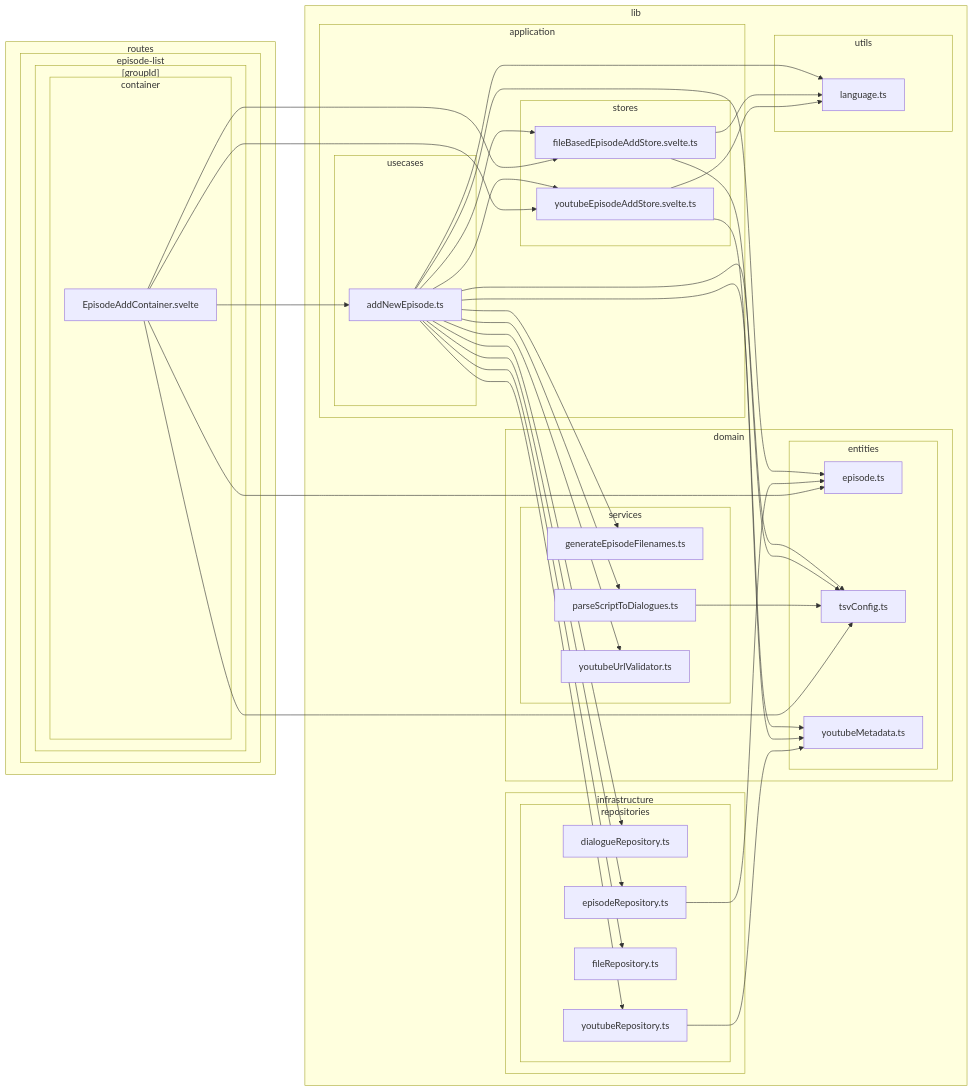
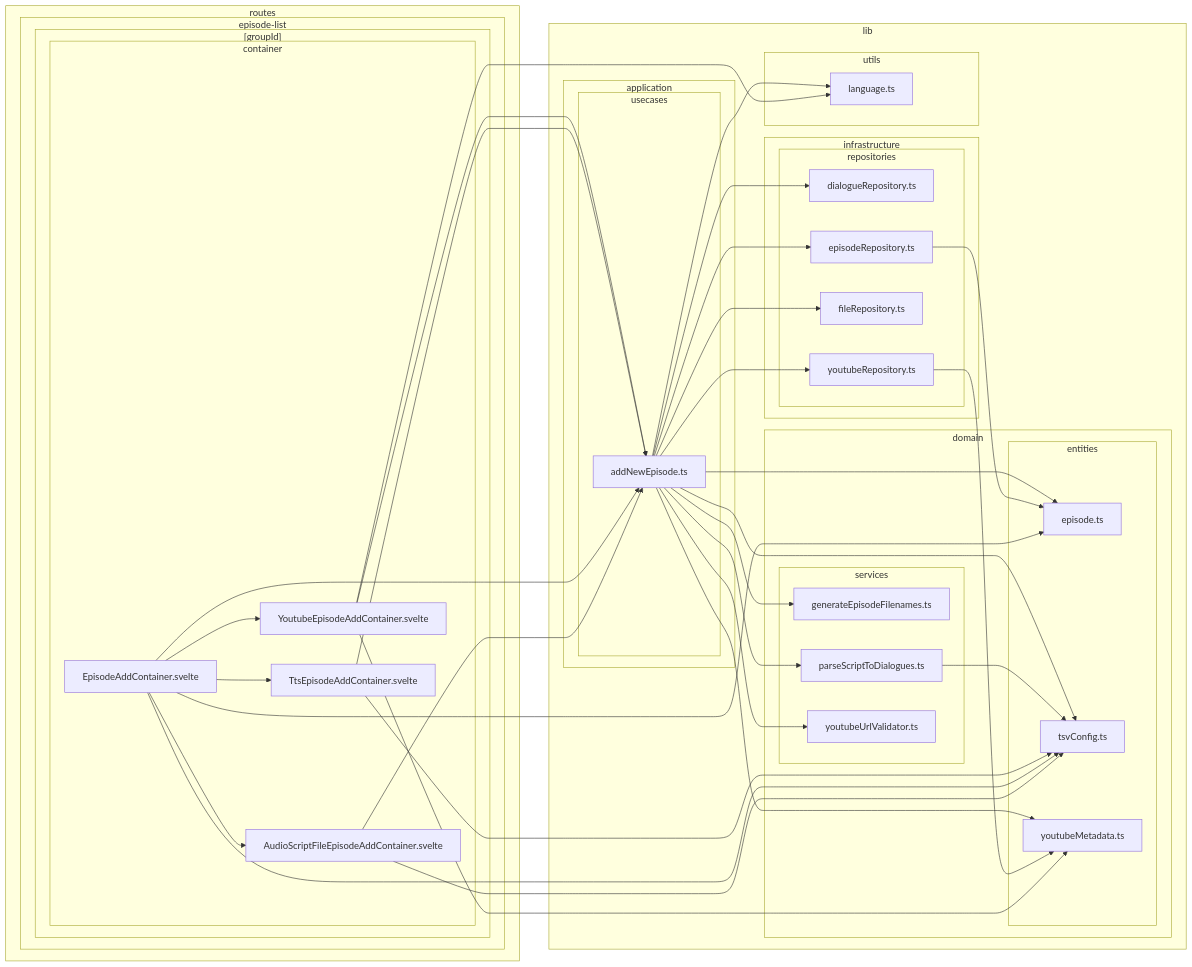
One commit to k5n/kotonoha changed the sixth of 38 diagrams in doc/dependency-graph.md. Above: the diagram before and after it, drawn with Mermaid. The commit also changed other lines of this file and 8 other files, not shown here.

````diff
--- a/doc/dependency-graph.md
+++ b/doc/dependency-graph.md
@@ -267,71 +266,72 @@
 ```mermaid
 graph LR
         subgraph sg_lib ["lib"]
             subgraph sg_lib_application ["application"]
-                subgraph sg_lib_application_stores ["stores"]
-                    src_lib_application_stores_fileBasedEpisodeAddStore_svelte_ts["fileBasedEpisodeAddStore.svelte.ts"]
-                    src_lib_application_stores_youtubeEpisodeAddStore_svelte_ts["youtubeEpisodeAddStore.svelte.ts"]
-                end
                 subgraph sg_lib_application_usecases ["usecases"]
                     src_lib_application_usecases_addNewEpisode_ts["addNewEpisode.ts"]
                 end
             end
             subgraph sg_lib_domain ["domain"]
                 subgraph sg_lib_domain_entities ["entities"]
                     src_lib_domain_entities_episode_ts["episode.ts"]
                     src_lib_domain_entities_tsvConfig_ts["tsvConfig.ts"]
                     src_lib_domain_entities_youtubeMetadata_ts["youtubeMetadata.ts"]
                 end
                 subgraph sg_lib_domain_services ["services"]
                     src_lib_domain_services_generateEpisodeFilenames_ts["generateEpisodeFilenames.ts"]
                     src_lib_domain_services_parseScriptToDialogues_ts["parseScriptToDialogues.ts"]
                     src_lib_domain_services_youtubeUrlValidator_ts["youtubeUrlValidator.ts"]
                 end
             end
             subgraph sg_lib_infrastructure ["infrastructure"]
                 subgraph sg_lib_infrastructure_repositories ["repositories"]
                     src_lib_infrastructure_repositories_dialogueRepository_ts["dialogueRepository.ts"]
                     src_lib_infrastructure_repositories_episodeRepository_ts["episodeRepository.ts"]
                     src_lib_infrastructure_repositories_fileRepository_ts["fileRepository.ts"]
                     src_lib_infrastructure_repositories_youtubeRepository_ts["youtubeRepository.ts"]
                 end
             end
             subgraph sg_lib_utils ["utils"]
                 src_lib_utils_language_ts["language.ts"]
             end
         end
         subgraph sg_routes ["routes"]
             subgraph sg_routes_episode_list ["episode-list"]
                 subgraph sg_routes_episode_list__groupId_ ["[groupId]"]
                     subgraph sg_routes_episode_list__groupId__container ["container"]
+                        src_routes_episode_list__groupId__container_AudioScriptFileEpisodeAddContainer_svelte["AudioScriptFileEpisodeAddContainer.svelte"]
                         src_routes_episode_list__groupId__container_EpisodeAddContainer_svelte["EpisodeAddContainer.svelte"]
+                        src_routes_episode_list__groupId__container_TtsEpisodeAddContainer_svelte["TtsEpisodeAddContainer.svelte"]
+                        src_routes_episode_list__groupId__container_YoutubeEpisodeAddContainer_svelte["YoutubeEpisodeAddContainer.svelte"]
                     end
                 end
             end
         end
-    src_lib_application_usecases_addNewEpisode_ts --> src_lib_application_stores_fileBasedEpisodeAddStore_svelte_ts
-    src_lib_application_usecases_addNewEpisode_ts --> src_lib_application_stores_youtubeEpisodeAddStore_svelte_ts
     src_lib_application_usecases_addNewEpisode_ts --> src_lib_domain_entities_episode_ts
     src_lib_application_usecases_addNewEpisode_ts --> src_lib_domain_entities_tsvConfig_ts
     src_lib_application_usecases_addNewEpisode_ts --> src_lib_domain_entities_youtubeMetadata_ts
     src_lib_application_usecases_addNewEpisode_ts --> src_lib_domain_services_generateEpisodeFilenames_ts
     src_lib_application_usecases_addNewEpisode_ts --> src_lib_domain_services_parseScriptToDialogues_ts
     src_lib_application_usecases_addNewEpisode_ts --> src_lib_domain_services_youtubeUrlValidator_ts
     src_lib_application_usecases_addNewEpisode_ts --> src_lib_infrastructure_repositories_dialogueRepository_ts
     src_lib_application_usecases_addNewEpisode_ts --> src_lib_infrastructure_repositories_episodeRepository_ts
     src_lib_application_usecases_addNewEpisode_ts --> src_lib_infrastructure_repositories_fileRepository_ts
     src_lib_application_usecases_addNewEpisode_ts --> src_lib_infrastructure_repositories_youtubeRepository_ts
     src_lib_application_usecases_addNewEpisode_ts --> src_lib_utils_language_ts
-    src_lib_application_stores_fileBasedEpisodeAddStore_svelte_ts --> src_lib_domain_entities_tsvConfig_ts
-    src_lib_application_stores_fileBasedEpisodeAddStore_svelte_ts --> src_lib_utils_language_ts
-    src_lib_application_stores_youtubeEpisodeAddStore_svelte_ts --> src_lib_domain_entities_youtubeMetadata_ts
-    src_lib_application_stores_youtubeEpisodeAddStore_svelte_ts --> src_lib_utils_language_ts
     src_lib_domain_services_parseScriptToDialogues_ts --> src_lib_domain_entities_tsvConfig_ts
     src_lib_infrastructure_repositories_episodeRepository_ts --> src_lib_domain_entities_episode_ts
     src_lib_infrastructure_repositories_youtubeRepository_ts --> src_lib_domain_entities_youtubeMetadata_ts
-    src_routes_episode_list__groupId__container_EpisodeAddContainer_svelte --> src_lib_application_stores_fileBasedEpisodeAddStore_svelte_ts
-    src_routes_episode_list__groupId__container_EpisodeAddContainer_svelte --> src_lib_application_stores_youtubeEpisodeAddStore_svelte_ts
+    src_routes_episode_list__groupId__container_YoutubeEpisodeAddContainer_svelte --> src_lib_application_usecases_addNewEpisode_ts
+    src_routes_episode_list__groupId__container_YoutubeEpisodeAddContainer_svelte --> src_lib_domain_entities_youtubeMetadata_ts
+    src_routes_episode_list__groupId__container_YoutubeEpisodeAddContainer_svelte --> src_lib_utils_language_ts
+    src_routes_episode_list__groupId__container_TtsEpisodeAddContainer_svelte --> src_lib_application_usecases_addNewEpisode_ts
+    src_routes_episode_list__groupId__container_TtsEpisodeAddContainer_svelte --> src_lib_domain_entities_tsvConfig_ts
     src_routes_episode_list__groupId__container_EpisodeAddContainer_svelte --> src_lib_application_usecases_addNewEpisode_ts
     src_routes_episode_list__groupId__container_EpisodeAddContainer_svelte --> src_lib_domain_entities_episode_ts
     src_routes_episode_list__groupId__container_EpisodeAddContainer_svelte --> src_lib_domain_entities_tsvConfig_ts
+    src_routes_episode_list__groupId__container_EpisodeAddContainer_svelte --> src_routes_episode_list__groupId__container_AudioScriptFileEpisodeAddContainer_svelte
+    src_routes_episode_list__groupId__container_EpisodeAddContainer_svelte --> src_routes_episode_list__groupId__container_TtsEpisodeAddContainer_svelte
+    src_routes_episode_list__groupId__container_EpisodeAddContainer_svelte --> src_routes_episode_list__groupId__container_YoutubeEpisodeAddContainer_svelte
+    src_routes_episode_list__groupId__container_AudioScriptFileEpisodeAddContainer_svelte --> src_lib_application_usecases_addNewEpisode_ts
+    src_routes_episode_list__groupId__container_AudioScriptFileEpisodeAddContainer_svelte --> src_lib_domain_entities_tsvConfig_ts
 ```
````
